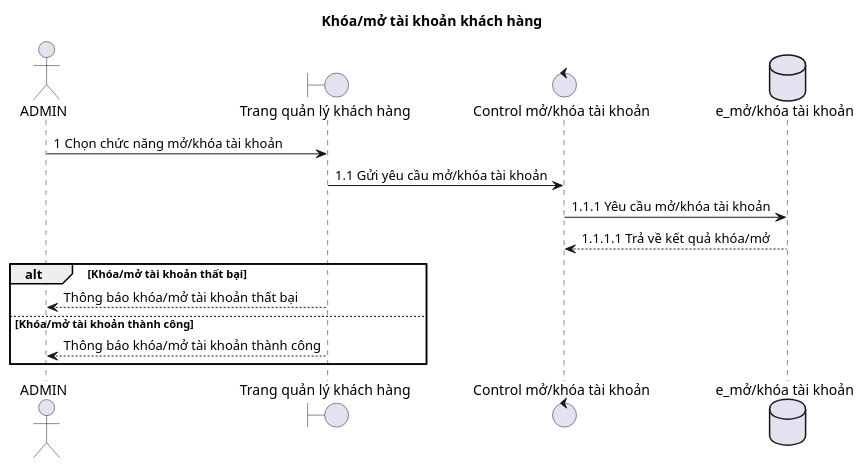
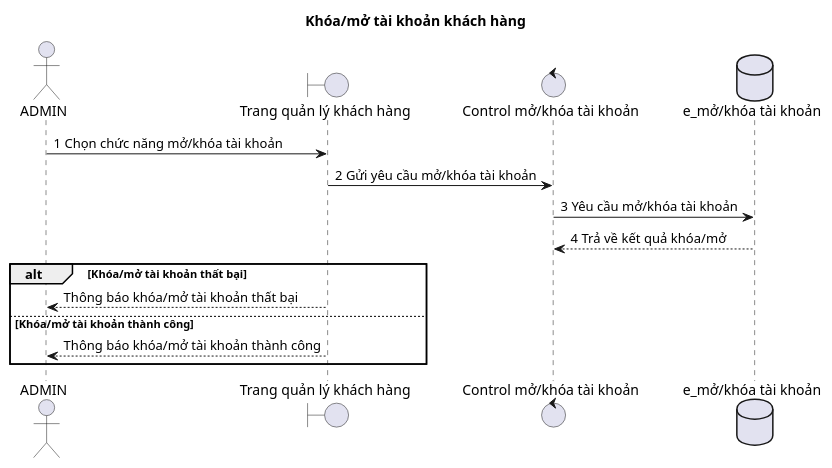
One commit to duygri/do-an-htttdn-crm changed the diagram in docs/diagrams/sequence/preview/04-lock-unlock-account.puml. Above: the diagram before and after it, drawn with PlantUML.

```diff
--- a/docs/diagrams/sequence/preview/04-lock-unlock-account.puml
+++ b/docs/diagrams/sequence/preview/04-lock-unlock-account.puml
@@ -1,19 +1,19 @@
 @startuml
 title Khóa/mở tài khoản khách hàng
 
 actor ADMIN as Admin
 boundary "Trang quản lý khách hàng" as Boundary
 control "Control mở/khóa tài khoản" as Control
 database "e_mở/khóa tài khoản" as Entity
 
 Admin -> Boundary: 1 Chọn chức năng mở/khóa tài khoản
-Boundary -> Control: 1.1 Gửi yêu cầu mở/khóa tài khoản
-Control -> Entity: 1.1.1 Yêu cầu mở/khóa tài khoản
-Entity --> Control: 1.1.1.1 Trả về kết quả khóa/mở
+Boundary -> Control: 2 Gửi yêu cầu mở/khóa tài khoản
+Control -> Entity: 3 Yêu cầu mở/khóa tài khoản
+Entity --> Control: 4 Trả về kết quả khóa/mở
 
 alt Khóa/mở tài khoản thất bại
   Boundary --> Admin: Thông báo khóa/mở tài khoản thất bại
 else Khóa/mở tài khoản thành công
   Boundary --> Admin: Thông báo khóa/mở tài khoản thành công
 end
 @enduml
```
